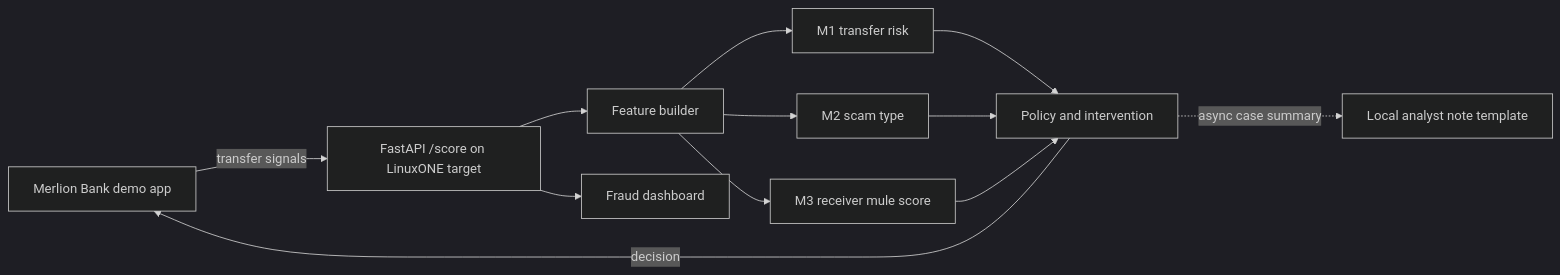
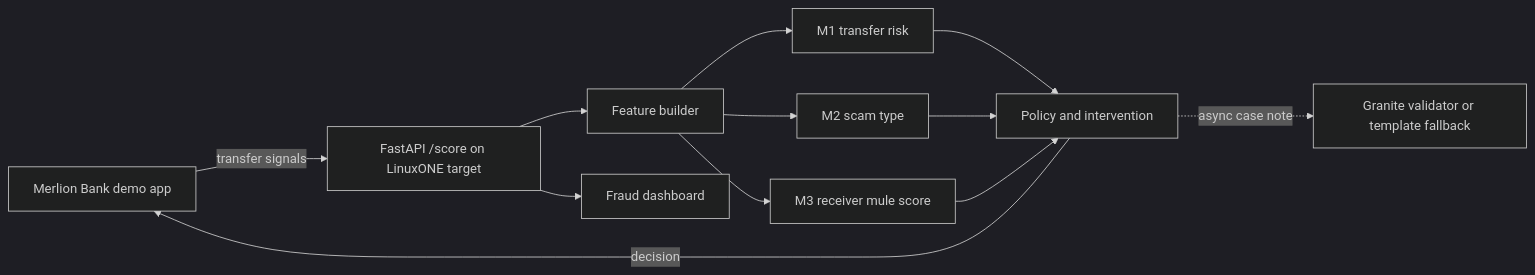
The diagram in README.md (mvrkarthik07/spellbreaker-ibmz-datathon-2026), drawn with Mermaid (dark theme) before and after one commit. The commit also changed other lines of this file and 35 other files, not shown here.

````diff
--- a/README.md
+++ b/README.md
@@ -63,14 +61,14 @@
 ```mermaid
 flowchart LR
   B[Merlion Bank demo app] -->|transfer signals| API[FastAPI /score on LinuxONE target]
   API --> F[Feature builder]
   F --> M1[M1 transfer risk]
   F --> M2[M2 scam type]
   F --> M3[M3 receiver mule score]
   M1 --> P[Policy and intervention]
   M2 --> P
   M3 --> P
   P -->|decision| B
-  P -. async case summary .-> G[Local analyst note template]
+  P -. async case note .-> G[Granite validator or template fallback]
   API --> D[Fraud dashboard]
 ```
````
